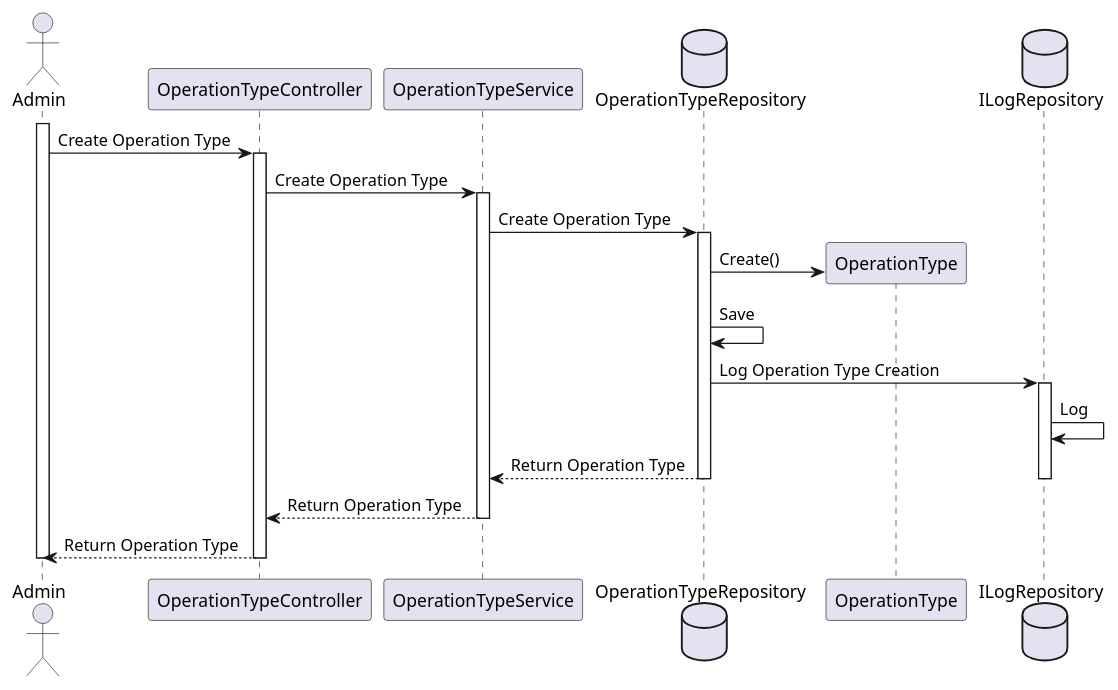
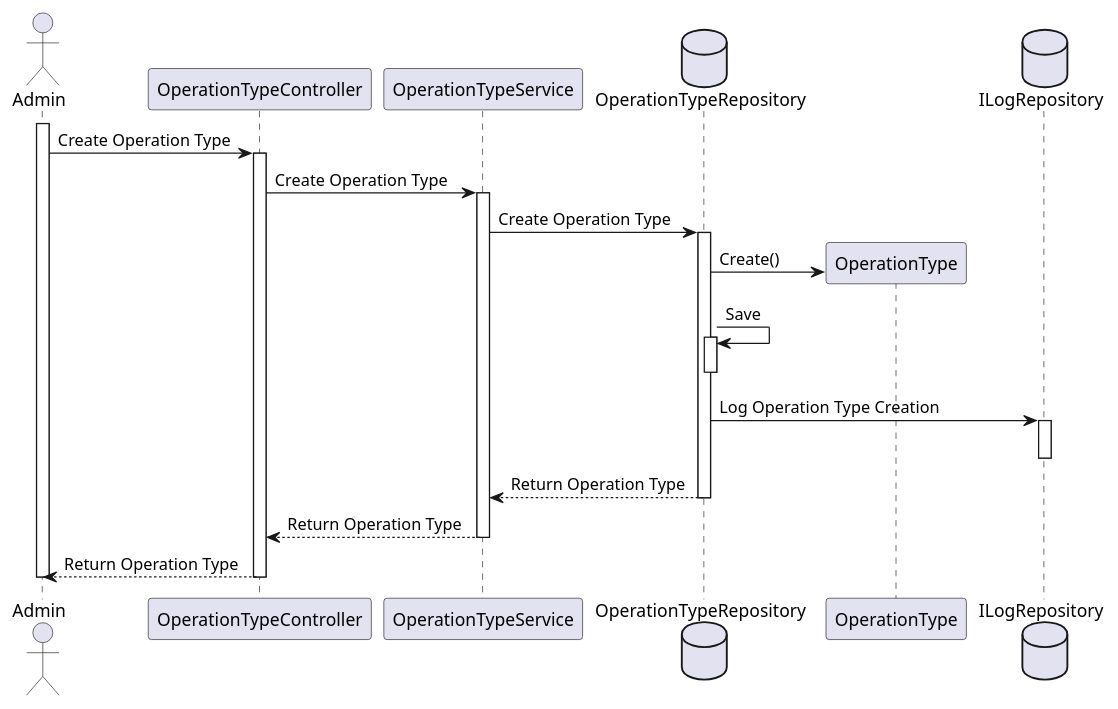
One commit to andredsferreira/p5sem-3dj-g59 changed the diagram in docs/membros/1221276/US20-Level-3-View.puml. Above: the diagram before and after it, drawn with PlantUML. The commit also changed 3 other files, not shown here.

```diff
--- a/docs/membros/1221276/US20-Level-3-View.puml
+++ b/docs/membros/1221276/US20-Level-3-View.puml
@@ -1,48 +1,49 @@
 @startuml
 
 ' 
 ' User Story: As an Admin, I want to add new types of operations, so that I can reflect the available medical procedures in the system.
 '
 ' Acceptance Criteria:
 ' 
 ' - Admins can add new operation types with attributes like:
 '   - Operation Name
 '   - Required Staff by Specialization
 '   - Estimated Duration
 ' - The system validates that the operation name is unique.
 ' - The system logs the creation of new operation types and makes them available for scheduling immediately.
 
 
 actor Admin as a
 participant OperationTypeController as otc
 participant OperationTypeService as ots
 database OperationTypeRepository as otr
 participant OperationType as ot
 database ILogRepository as ilr
 
 activate a
 a -> otc : Create Operation Type
 activate otc
 otc -> ots : Create Operation Type
 activate ots
 ots -> otr : Create Operation Type
 activate otr
 otr -> ot** : Create()
 otr -> otr : Save
+activate otr
+deactivate otr
 otr -> ilr : Log Operation Type Creation
 activate ilr
-ilr -> ilr : Log
+deactivate ilr
 otr --> ots : Return Operation Type
-deactivate ilr
 deactivate otr
 ots --> otc : Return Operation Type
 deactivate ots
 otc --> a : Return Operation Type
 deactivate otc
 deactivate a
 
 
 
 
 
 @enduml
```
